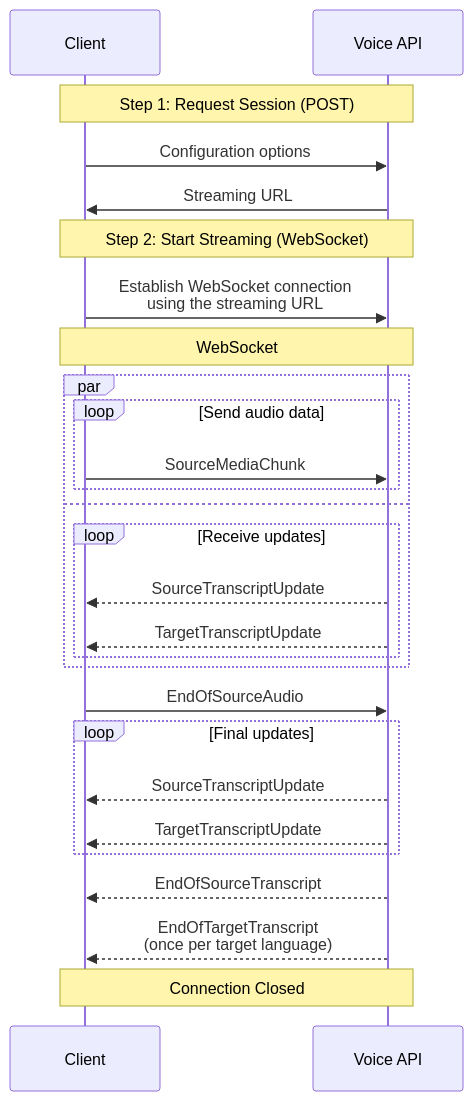
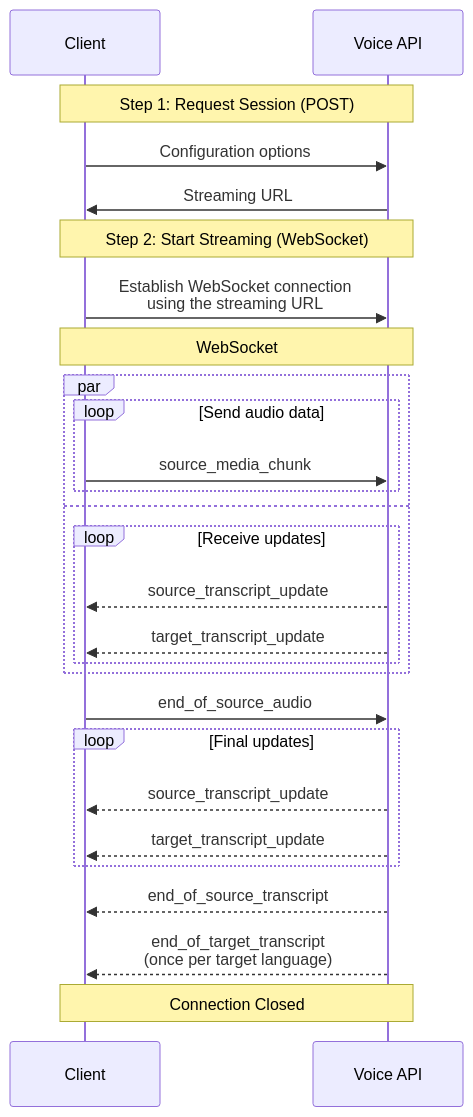
One commit to DeepLcom/api-docs changed the diagram in api-reference/voice.mdx. Above: the diagram before and after it, drawn with Mermaid. The commit also changed other lines of this file, not shown here.

Commit message:
feat(voice): [ACL-2127] Merge source and target languages, snake case in sequence diagram

````diff
--- a/api-reference/voice.mdx
+++ b/api-reference/voice.mdx
@@ -94,40 +98,40 @@
 ```mermaid
 sequenceDiagram
     participant Client
     participant Voice API
 
     Note over Client,Voice API: Step 1: Request Session (POST)
 
     Client->>Voice API: Configuration options
     Voice API->>Client: Streaming URL
 
     Note over Client,Voice API: Step 2: Start Streaming (WebSocket)
 
     Client->>Voice API: Establish WebSocket connection<br>using the streaming URL
 
     Note over Client,Voice API: WebSocket
 
     par 
       loop Send audio data
-        Client->>Voice API: SourceMediaChunk
+        Client->>Voice API: source_media_chunk
       end
     and 
       loop Receive updates
-        Voice API-->>Client: SourceTranscriptUpdate
-        Voice API-->>Client: TargetTranscriptUpdate
+        Voice API-->>Client: source_transcript_update
+        Voice API-->>Client: target_transcript_update
       end
     end
 
-    Client->>Voice API: EndOfSourceAudio
+    Client->>Voice API: end_of_source_audio
 
     loop Final updates
-        Voice API-->>Client: SourceTranscriptUpdate
-        Voice API-->>Client: TargetTranscriptUpdate
+        Voice API-->>Client: source_transcript_update
+        Voice API-->>Client: target_transcript_update
     end
 
-    Voice API-->>Client: EndOfSourceTranscript
+    Voice API-->>Client: end_of_source_transcript
 
-    Voice API-->>Client: EndOfTargetTranscript<br>(once per target language)
+    Voice API-->>Client: end_of_target_transcript<br>(once per target language)
 
     Note over Client,Voice API: Connection Closed
 ```
````
